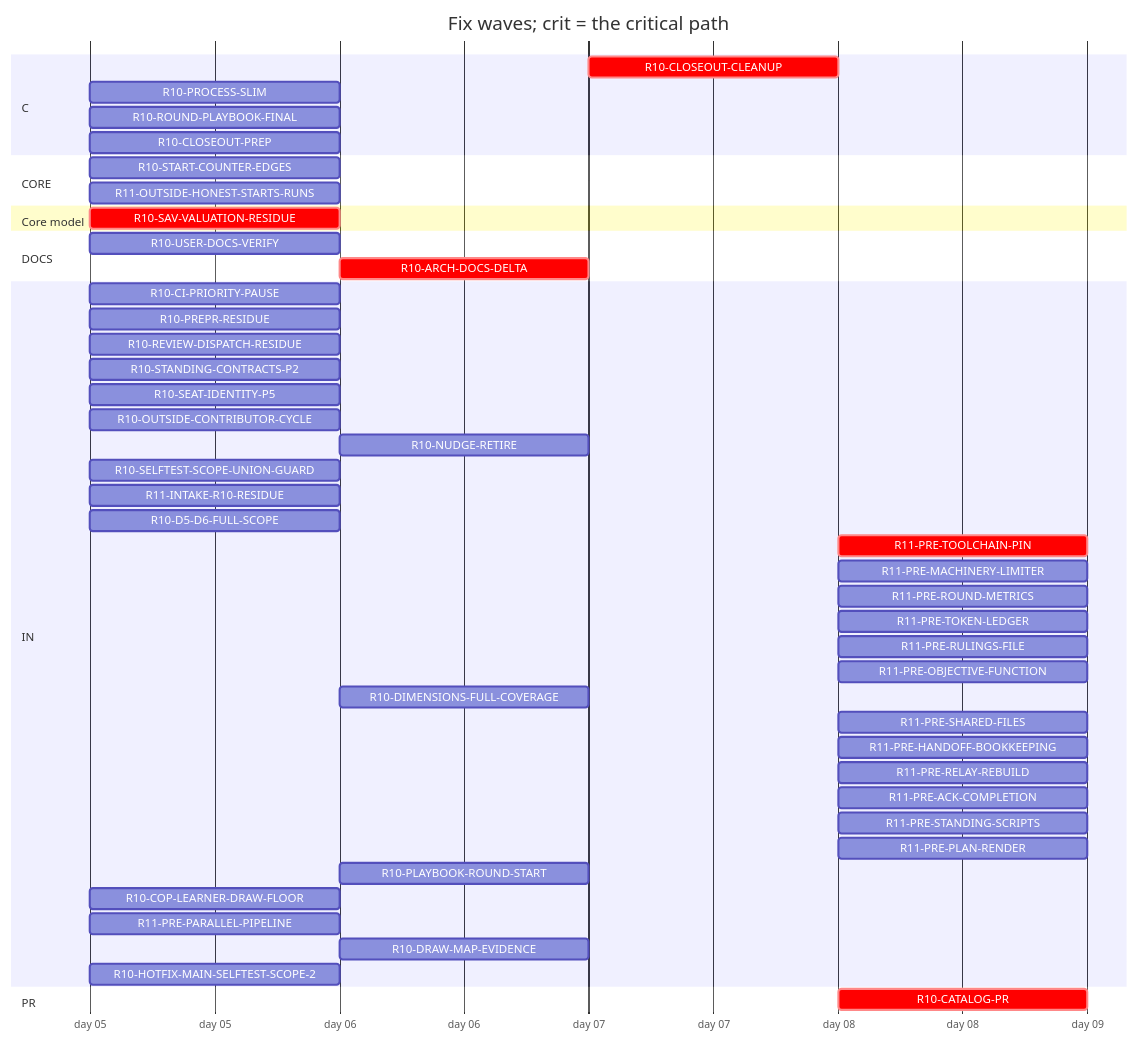
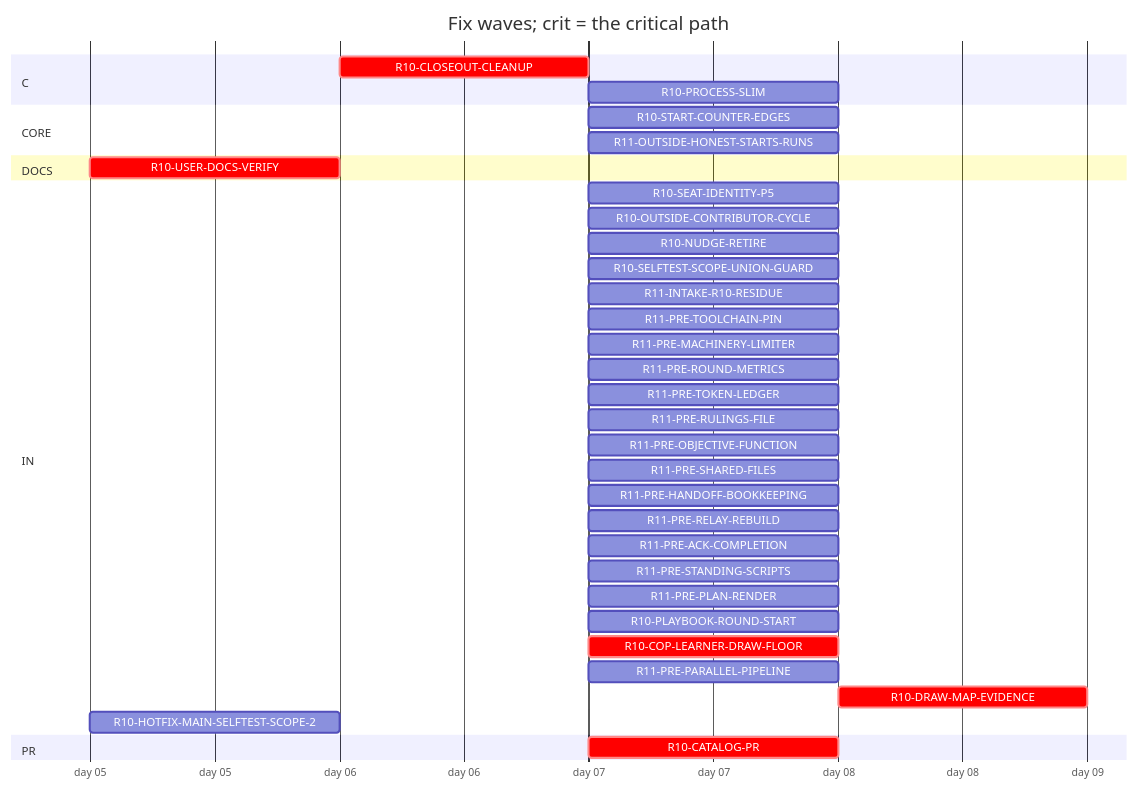
The diagram in handoff/round10/state/PLAN-TABLE.md (tvofi/heatpump_optimizer), drawn with Mermaid before and after one commit. The commit also changed other lines of this file and 3 other files, not shown here.

Commit message:
state: FLOW-BOARD.md, NEXT-SESSION-PROMPT.md, PLAN-TABLE.md, RESUME-CURRENT.md regenerated (state_docs.py)

````diff
--- a/handoff/round10/state/PLAN-TABLE.md
+++ b/handoff/round10/state/PLAN-TABLE.md
@@ -19,50 +18,39 @@
 ```mermaid
 gantt
   title Fix waves; crit = the critical path
   dateFormat YYYY-MM-DD
   axisFormat day %d
   section C
-    R10-CLOSEOUT-CLEANUP :crit, r10CLOSEOUTCLEANUP, after r10USERDOCSVERIFY r10CLOSEOUTPREP r10ARCHDOCSDELTA, 1d
-    R10-PROCESS-SLIM :r10PROCESSSLIM, 2026-01-05, 1d
-    R10-ROUND-PLAYBOOK-FINAL :r10ROUNDPLAYBOOKFINAL, 2026-01-05, 1d
-    R10-CLOSEOUT-PREP :r10CLOSEOUTPREP, 2026-01-05, 1d
+    R10-CLOSEOUT-CLEANUP :crit, r10CLOSEOUTCLEANUP, after r10USERDOCSVERIFY, 1d
+    R10-PROCESS-SLIM :r10PROCESSSLIM, after r10CATALOGPR, 1d
   section CORE
-    R10-START-COUNTER-EDGES :r10STARTCOUNTEREDGES, 2026-01-05, 1d
-    R11-OUTSIDE-HONEST-STARTS-RUNS :r11OUTSIDEHONESTSTARTSRUNS, 2026-01-05, 1d
-  section Core model
-    R10-SAV-VALUATION-RESIDUE :crit, r10SAVVALUATIONRESIDUE, 2026-01-05, 1d
+    R10-START-COUNTER-EDGES :r10STARTCOUNTEREDGES, after r10CATALOGPR, 1d
+    R11-OUTSIDE-HONEST-STARTS-RUNS :r11OUTSIDEHONESTSTARTSRUNS, after r10CATALOGPR, 1d
   section DOCS
-    R10-USER-DOCS-VERIFY :r10USERDOCSVERIFY, 2026-01-05, 1d
-    R10-ARCH-DOCS-DELTA :crit, r10ARCHDOCSDELTA, after r10SAVVALUATIONRESIDUE, 1d
+    R10-USER-DOCS-VERIFY :crit, r10USERDOCSVERIFY, 2026-01-05, 1d
   section IN
-    R10-CI-PRIORITY-PAUSE :r10CIPRIORITYPAUSE, 2026-01-05, 1d
-    R10-PREPR-RESIDUE :r10PREPRRESIDUE, 2026-01-05, 1d
-    R10-REVIEW-DISPATCH-RESIDUE :r10REVIEWDISPATCHRESIDUE, 2026-01-05, 1d
-    R10-STANDING-CONTRACTS-P2 :r10STANDINGCONTRACTSP2, 2026-01-05, 1d
-    R10-SEAT-IDENTITY-P5 :r10SEATIDENTITYP5, 2026-01-05, 1d
-    R10-OUTSIDE-CONTRIBUTOR-CYCLE :r10OUTSIDECONTRIBUTORCYCLE, 2026-01-05, 1d
-    R10-NUDGE-RETIRE :r10NUDGERETIRE, after r10ROUNDPLAYBOOKFINAL, 1d
-    R10-SELFTEST-SCOPE-UNION-GUARD :r10SELFTESTSCOPEUNIONGUARD, 2026-01-05, 1d
-    R11-INTAKE-R10-RESIDUE :r11INTAKER10RESIDUE, 2026-01-05, 1d
-    R10-D5-D6-FULL-SCOPE :r10D5D6FULLSCOPE, 2026-01-05, 1d
-    R11-PRE-TOOLCHAIN-PIN :crit, r11PRETOOLCHAINPIN, after r10CATALOGPR, 1d
+    R10-SEAT-IDENTITY-P5 :r10SEATIDENTITYP5, after r10CATALOGPR, 1d
+    R10-OUTSIDE-CONTRIBUTOR-CYCLE :r10OUTSIDECONTRIBUTORCYCLE, after r10CATALOGPR, 1d
+    R10-NUDGE-RETIRE :r10NUDGERETIRE, after r10CATALOGPR, 1d
+    R10-SELFTEST-SCOPE-UNION-GUARD :r10SELFTESTSCOPEUNIONGUARD, after r10CATALOGPR, 1d
+    R11-INTAKE-R10-RESIDUE :r11INTAKER10RESIDUE, after r10CATALOGPR, 1d
+    R11-PRE-TOOLCHAIN-PIN :r11PRETOOLCHAINPIN, after r10CATALOGPR, 1d
     R11-PRE-MACHINERY-LIMITER :r11PREMACHINERYLIMITER, after r10CATALOGPR, 1d
     R11-PRE-ROUND-METRICS :r11PREROUNDMETRICS, after r10CATALOGPR, 1d
     R11-PRE-TOKEN-LEDGER :r11PRETOKENLEDGER, after r10CATALOGPR, 1d
     R11-PRE-RULINGS-FILE :r11PRERULINGSFILE, after r10CATALOGPR, 1d
     R11-PRE-OBJECTIVE-FUNCTION :r11PREOBJECTIVEFUNCTION, after r10CATALOGPR, 1d
-    R10-DIMENSIONS-FULL-COVERAGE :r10DIMENSIONSFULLCOVERAGE, after r10D5D6FULLSCOPE, 1d
     R11-PRE-SHARED-FILES :r11PRESHAREDFILES, after r10CATALOGPR, 1d
     R11-PRE-HANDOFF-BOOKKEEPING :r11PREHANDOFFBOOKKEEPING, after r10CATALOGPR, 1d
     R11-PRE-RELAY-REBUILD :r11PRERELAYREBUILD, after r10CATALOGPR, 1d
     R11-PRE-ACK-COMPLETION :r11PREACKCOMPLETION, after r10CATALOGPR, 1d
     R11-PRE-STANDING-SCRIPTS :r11PRESTANDINGSCRIPTS, after r10CATALOGPR, 1d
     R11-PRE-PLAN-RENDER :r11PREPLANRENDER, after r10CATALOGPR, 1d
-    R10-PLAYBOOK-ROUND-START :r10PLAYBOOKROUNDSTART, after r10ROUNDPLAYBOOKFINAL, 1d
-    R10-COP-LEARNER-DRAW-FLOOR :r10COPLEARNERDRAWFLOOR, 2026-01-05, 1d
-    R11-PRE-PARALLEL-PIPELINE :r11PREPARALLELPIPELINE, 2026-01-05, 1d
-    R10-DRAW-MAP-EVIDENCE :r10DRAWMAPEVIDENCE, after r10COPLEARNERDRAWFLOOR, 1d
+    R10-PLAYBOOK-ROUND-START :r10PLAYBOOKROUNDSTART, after r10CATALOGPR, 1d
+    R10-COP-LEARNER-DRAW-FLOOR :crit, r10COPLEARNERDRAWFLOOR, after r10CATALOGPR, 1d
+    R11-PRE-PARALLEL-PIPELINE :r11PREPARALLELPIPELINE, after r10CATALOGPR, 1d
+    R10-DRAW-MAP-EVIDENCE :crit, r10DRAWMAPEVIDENCE, after r10COPLEARNERDRAWFLOOR r10CATALOGPR, 1d
     R10-HOTFIX-MAIN-SELFTEST-SCOPE-2 :r10HOTFIXMAINSELFTESTSCOPE2, 2026-01-05, 1d
   section PR
-    R10-CATALOG-PR :crit, r10CATALOGPR, after r10USERDOCSVERIFY r10CLOSEOUTCLEANUP r10CLOSEOUTPREP r10ARCHDOCSDELTA, 1d
+    R10-CATALOG-PR :crit, r10CATALOGPR, after r10USERDOCSVERIFY r10CLOSEOUTCLEANUP, 1d
 ```
````
